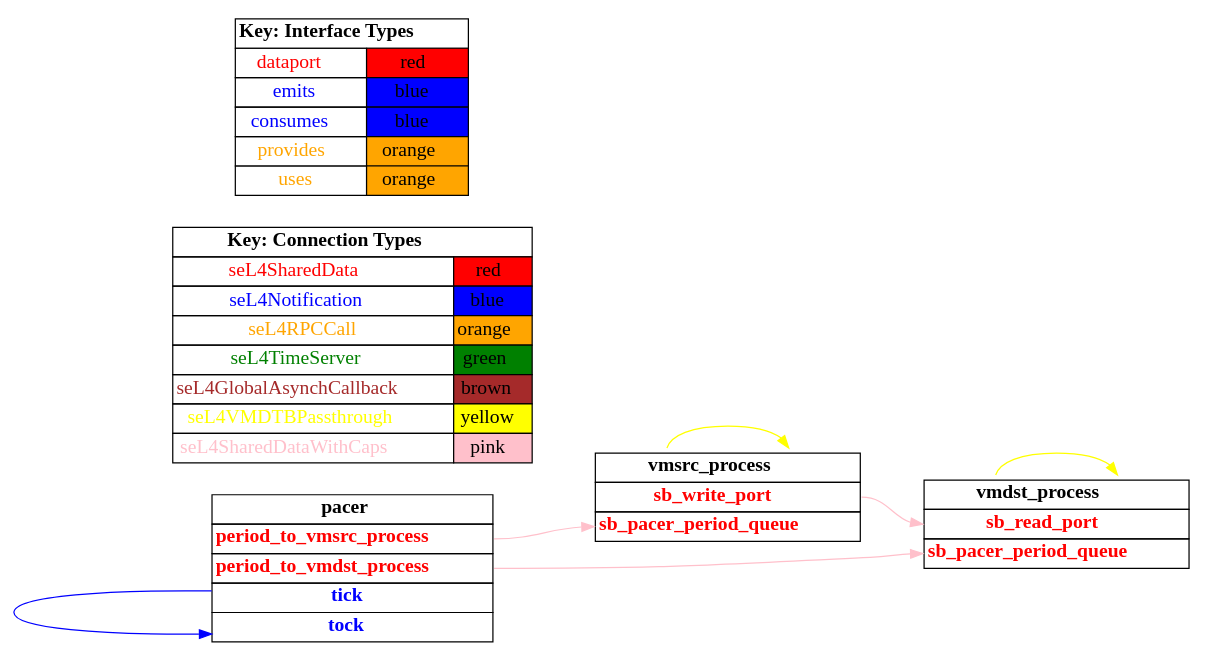
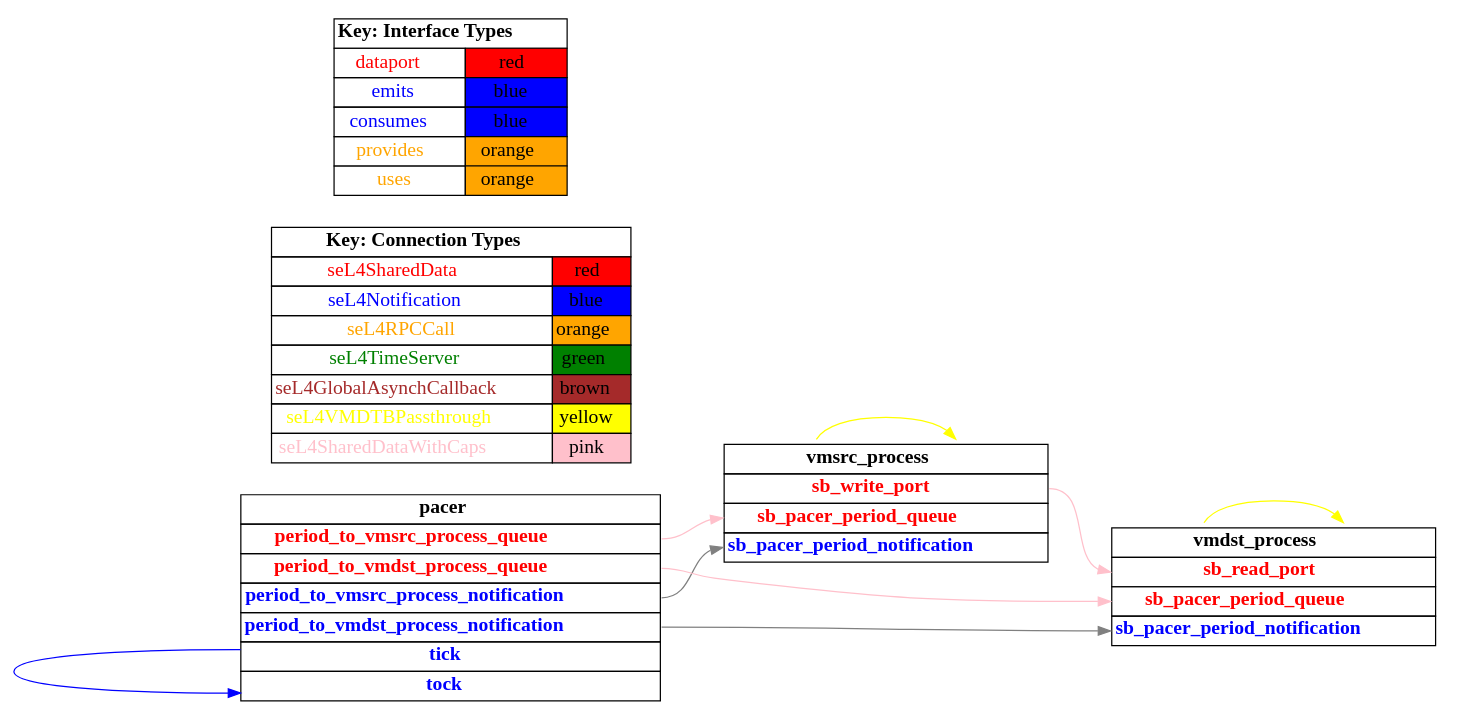
The diagram in TA5/tool-evaluation-4/HAMR/examples/test_data_port_periodic_domains_VM/both_vm/CAmkES_seL4_Only/graph_simple.dot (loonwerks/CASE), drawn with Graphviz before and after one commit. The commit also changed 84 other files, not shown here.

Commit message:
glue code for VM data port micro-examples

```diff
--- a/TA5/tool-evaluation-4/HAMR/examples/test_data_port_periodic_domains_VM/both_vm/CAmkES_seL4_Only/graph_simple.dot
+++ b/TA5/tool-evaluation-4/HAMR/examples/test_data_port_periodic_domains_VM/both_vm/CAmkES_seL4_Only/graph_simple.dot
@@ -1,114 +1,130 @@
 digraph g {
 graph [
   overlap = false,
   rankdir = "LR"
 ];
 node [
   fontsize = "16",
   shape = "ellipse"
 ];
 edge [
 ];
 
 vmsrc_process [
   label=<
     <TABLE BORDER="0" CELLBORDER="1" CELLSPACING="0">
       <TR><TD><B>vmsrc_process</B></TD></TR>
       <TR><TD PORT="sb_write_port"><FONT COLOR="red"><B>sb_write_port</B></FONT></TD></TR>
-      <TR><TD PORT="sb_pacer_period_queue"><FONT COLOR="red"><B>sb_pacer_period_queue</B></FONT></TD></TR>"
+      <TR><TD PORT="sb_pacer_period_queue"><FONT COLOR="red"><B>sb_pacer_period_queue</B></FONT></TD></TR>
+      <TR><TD PORT="sb_pacer_period_notification"><FONT COLOR="blue"><B>sb_pacer_period_notification</B></FONT></TD></TR>"
     </TABLE>
   >
   shape=plaintext
 ];
 
 vmdst_process [
   label=<
     <TABLE BORDER="0" CELLBORDER="1" CELLSPACING="0">
       <TR><TD><B>vmdst_process</B></TD></TR>
       <TR><TD PORT="sb_read_port"><FONT COLOR="red"><B>sb_read_port</B></FONT></TD></TR>
-      <TR><TD PORT="sb_pacer_period_queue"><FONT COLOR="red"><B>sb_pacer_period_queue</B></FONT></TD></TR>"
+      <TR><TD PORT="sb_pacer_period_queue"><FONT COLOR="red"><B>sb_pacer_period_queue</B></FONT></TD></TR>
+      <TR><TD PORT="sb_pacer_period_notification"><FONT COLOR="blue"><B>sb_pacer_period_notification</B></FONT></TD></TR>"
     </TABLE>
   >
   shape=plaintext
 ];
 
 pacer [
   label=<
     <TABLE BORDER="0" CELLBORDER="1" CELLSPACING="0">
       <TR><TD><B>pacer</B></TD></TR>
-      <TR><TD PORT="period_to_vmsrc_process"><FONT COLOR="red"><B>period_to_vmsrc_process</B></FONT></TD></TR>
-      <TR><TD PORT="period_to_vmdst_process"><FONT COLOR="red"><B>period_to_vmdst_process</B></FONT></TD></TR>
+      <TR><TD PORT="period_to_vmsrc_process_queue"><FONT COLOR="red"><B>period_to_vmsrc_process_queue</B></FONT></TD></TR>
+      <TR><TD PORT="period_to_vmdst_process_queue"><FONT COLOR="red"><B>period_to_vmdst_process_queue</B></FONT></TD></TR>
+      <TR><TD PORT="period_to_vmsrc_process_notification"><FONT COLOR="blue"><B>period_to_vmsrc_process_notification</B></FONT></TD></TR>
+      <TR><TD PORT="period_to_vmdst_process_notification"><FONT COLOR="blue"><B>period_to_vmdst_process_notification</B></FONT></TD></TR>
       <TR><TD PORT="tick"><FONT COLOR="blue"><B>tick</B></FONT></TD></TR>
       <TR><TD PORT="tock"><FONT COLOR="blue"><B>tock</B></FONT></TD></TR>"
     </TABLE>
   >
   shape=plaintext
 ];
 
 connectiontypekey [
   label=<
    <TABLE BORDER="0" CELLBORDER="1" CELLSPACING="0">
      <TR><TD COLSPAN="2"><B>Key: Connection Types</B></TD></TR>
      <TR><TD><FONT COLOR="red">seL4SharedData</FONT></TD><TD BGCOLOR="red">red</TD></TR>
      <TR><TD><FONT COLOR="blue">seL4Notification</FONT></TD><TD BGCOLOR="blue">blue</TD></TR>
      <TR><TD><FONT COLOR="orange">seL4RPCCall</FONT></TD><TD BGCOLOR="orange">orange</TD></TR>
      <TR><TD><FONT COLOR="green">seL4TimeServer</FONT></TD><TD BGCOLOR="green">green</TD></TR>
      <TR><TD><FONT COLOR="brown">seL4GlobalAsynchCallback</FONT></TD><TD BGCOLOR="brown">brown</TD></TR>
      <TR><TD><FONT COLOR="yellow">seL4VMDTBPassthrough</FONT></TD><TD BGCOLOR="yellow">yellow</TD></TR>
      <TR><TD><FONT COLOR="pink">seL4SharedDataWithCaps</FONT></TD><TD BGCOLOR="pink">pink</TD></TR>
    </TABLE>
   >
   shape=plaintext
 ];
 
 interfacetypekey [
   label=<
    <TABLE BORDER="0" CELLBORDER="1" CELLSPACING="0">
      <TR><TD COLSPAN="2"><B>Key: Interface Types</B></TD></TR>
      <TR><TD><FONT COLOR="red">dataport</FONT></TD><TD BGCOLOR="red">red</TD></TR>
      <TR><TD><FONT COLOR="blue">emits</FONT></TD><TD BGCOLOR="blue">blue</TD></TR>
      <TR><TD><FONT COLOR="blue">consumes</FONT></TD><TD BGCOLOR="blue">blue</TD></TR>
      <TR><TD><FONT COLOR="orange">provides</FONT></TD><TD BGCOLOR="orange">orange</TD></TR>
      <TR><TD><FONT COLOR="orange">uses</FONT></TD><TD BGCOLOR="orange">orange</TD></TR>
    </TABLE>
   >
   shape=plaintext
 ];
 
 "vmsrc_process":dtb_self -> "vmsrc_process":dtb [
   color="yellow"
   //label = "seL4VMDTBPassthrough"
   id = conn1
 ];
 
 "vmdst_process":dtb_self -> "vmdst_process":dtb [
   color="yellow"
   //label = "seL4VMDTBPassthrough"
   id = conn2
 ];
 
 "vmsrc_process":sb_write_port -> "vmdst_process":sb_read_port [
   color="pink"
   //label = "seL4SharedDataWithCaps"
   id = conn3
 ];
 
 "pacer":tick -> "pacer":tock [
   color="blue"
   //label = "seL4Notification"
   id = conn4
 ];
 
-"pacer":period_to_vmsrc_process -> "vmsrc_process":sb_pacer_period_queue [
-  color="pink"
-  //label = "seL4SharedDataWithCaps"
+"pacer":period_to_vmsrc_process_notification -> "vmsrc_process":sb_pacer_period_notification [
+  color="grey"
+  //label = "seL4GlobalAsynch"
   id = conn5
 ];
 
-"pacer":period_to_vmdst_process -> "vmdst_process":sb_pacer_period_queue [
+"pacer":period_to_vmsrc_process_queue -> "vmsrc_process":sb_pacer_period_queue [
   color="pink"
   //label = "seL4SharedDataWithCaps"
   id = conn6
 ];
 
+"pacer":period_to_vmdst_process_notification -> "vmdst_process":sb_pacer_period_notification [
+  color="grey"
+  //label = "seL4GlobalAsynch"
+  id = conn7
+];
+
+"pacer":period_to_vmdst_process_queue -> "vmdst_process":sb_pacer_period_queue [
+  color="pink"
+  //label = "seL4SharedDataWithCaps"
+  id = conn8
+];
+
 }
```
